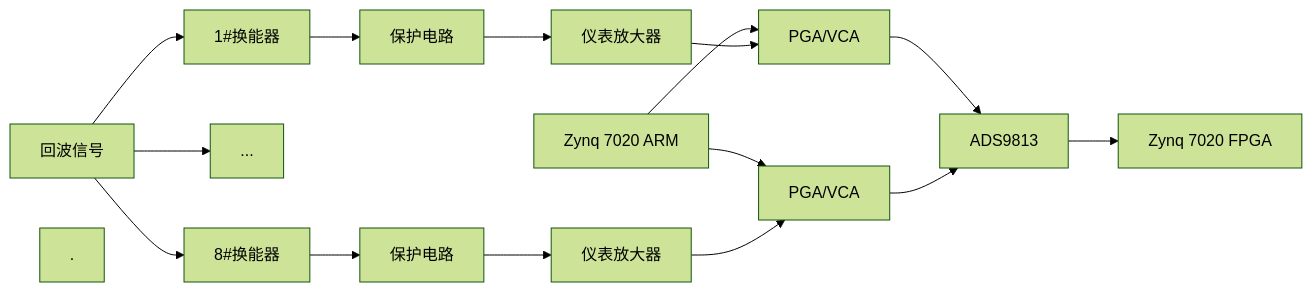
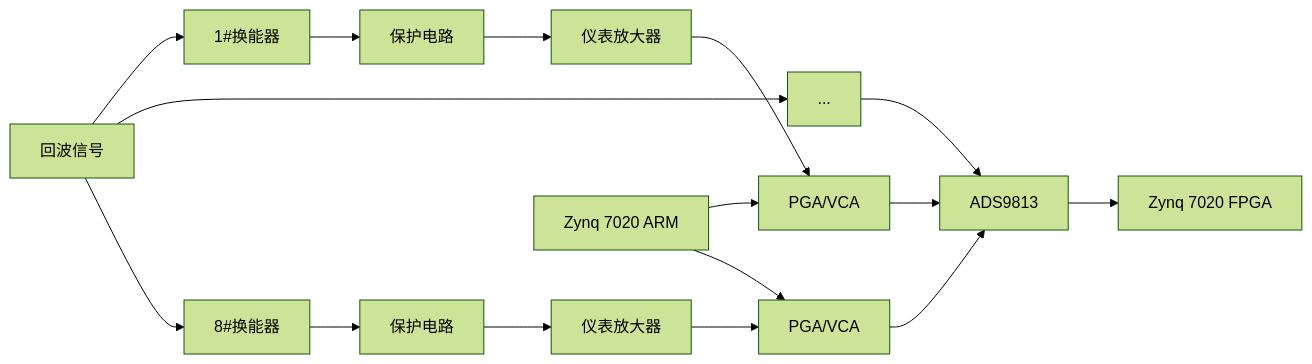
Before and after one commit to Rukawa15/iodraw-files: the diagram in all/同步采集.md, drawn with Mermaid (forest theme).

Commit message:
2025-06-19 14:31:47 update

````diff
--- a/all/同步采集.md
+++ b/all/同步采集.md
@@ -1,23 +1,23 @@
 ```mermaid
 graph LR
 A[回波信号]
 A --> B1[1#换能器]
 A --> ...
 A --> B8[8#换能器]
 
 B1 --> C1[保护电路]
 B8 --> C8[保护电路]
 
 C1 --> D1[仪表放大器]
 C8 --> D8[仪表放大器]
 H[Zynq 7020 ARM] --> E1
 H[Zynq 7020 ARM] --> E8
 D1 --> E1[PGA/VCA]
 D8 --> E8[PGA/VCA]
 
 E1 --> F[ADS9813]
-.
+... --> F
 E8 --> F[ADS9813] 
 
 F --> G[Zynq 7020 FPGA]
 ```
````
